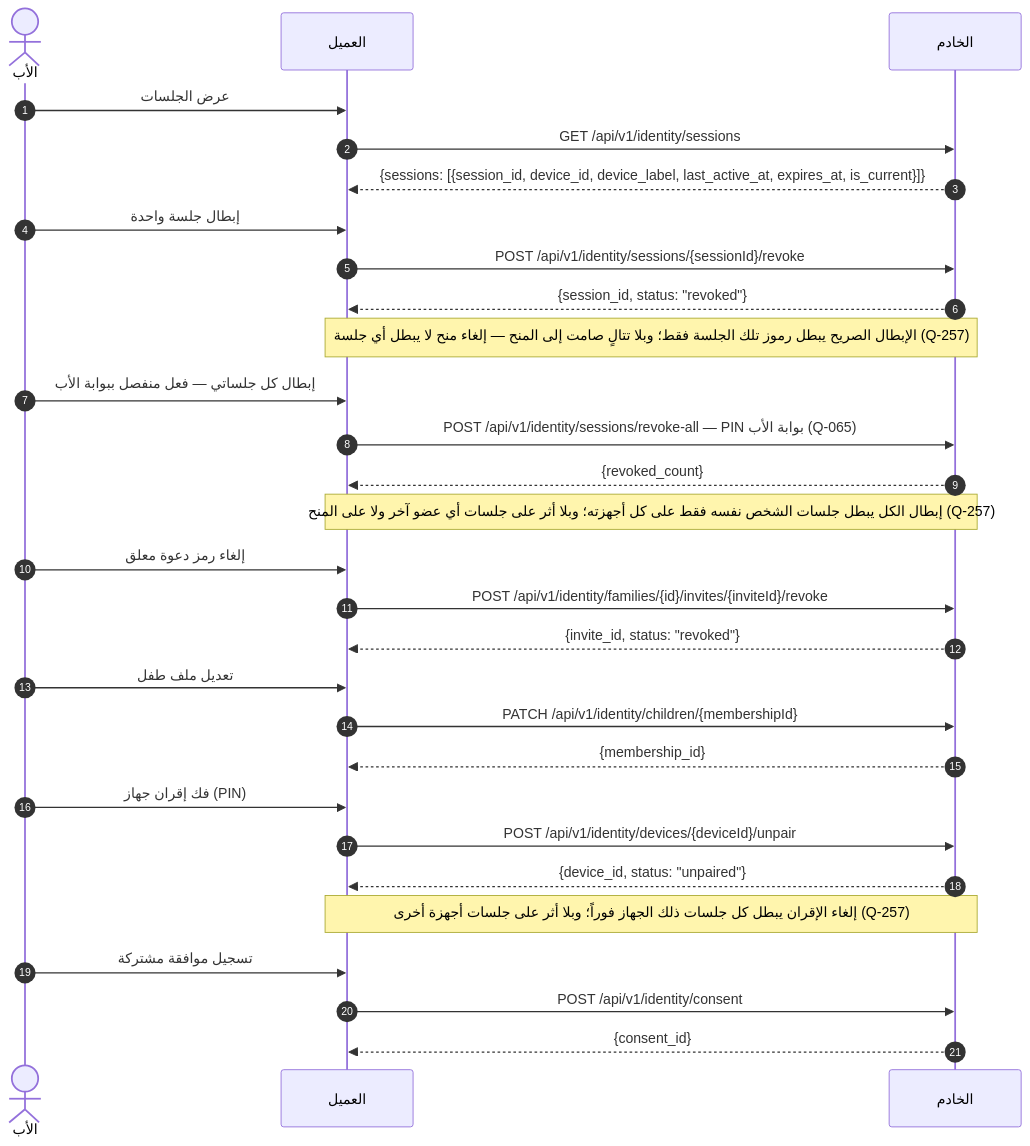
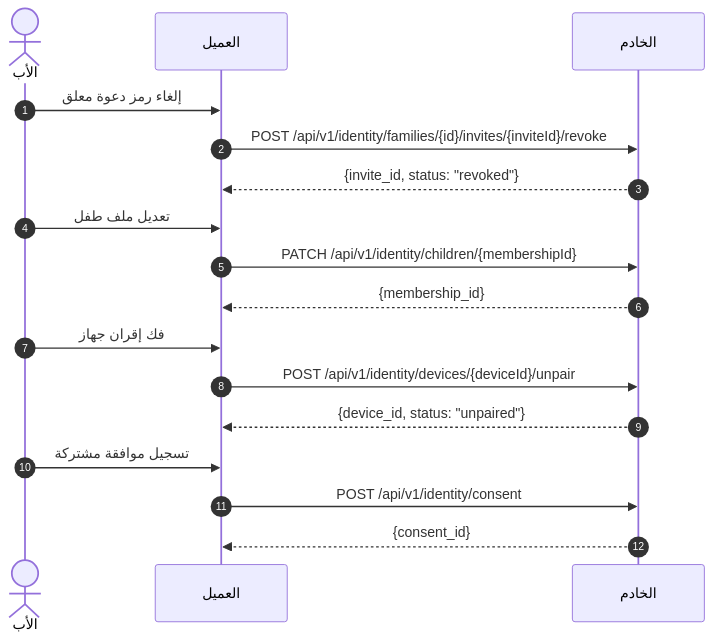
Diagram 18 of 36 in docs/family-os/governance/phases/phase-1/S1-02-identity-and-onboarding/DIAGRAMS.md (Bassam-mohammed-alqaeadi/family-os-v2), drawn with Mermaid before and after one commit. The commit also changed other lines of this file, not shown here.

````diff
--- a/docs/family-os/governance/phases/phase-1/S1-02-identity-and-onboarding/DIAGRAMS.md
+++ b/docs/family-os/governance/phases/phase-1/S1-02-identity-and-onboarding/DIAGRAMS.md
@@ -572,31 +719,19 @@
 ```mermaid
 sequenceDiagram
     autonumber
     actor Father as الأب
     participant Client as العميل
     participant Ktor as الخادم
-    Father->>Client: عرض الجلسات
-    Client->>Ktor: GET /api/v1/identity/sessions
-    Ktor-->>Client: {sessions: [{session_id, device_id, device_label, last_active_at, expires_at, is_current}]}
-    Father->>Client: إبطال جلسة واحدة
-    Client->>Ktor: POST /api/v1/identity/sessions/{sessionId}/revoke
-    Ktor-->>Client: {session_id, status: "revoked"}
-    Note over Client,Ktor: الإبطال الصريح يبطل رموز تلك الجلسة فقط؛ وبلا تتالٍ صامت إلى المنح — إلغاء منح لا يبطل أي جلسة (Q-257)
-    Father->>Client: إبطال كل جلساتي — فعل منفصل ببوابة الأب
-    Client->>Ktor: POST /api/v1/identity/sessions/revoke-all — PIN بوابة الأب (Q-065)
-    Ktor-->>Client: {revoked_count}
-    Note over Client,Ktor: إبطال الكل يبطل جلسات الشخص نفسه فقط على كل أجهزته؛ وبلا أثر على جلسات أي عضو آخر ولا على المنح (Q-257)
     Father->>Client: إلغاء رمز دعوة معلق
     Client->>Ktor: POST /api/v1/identity/families/{id}/invites/{inviteId}/revoke
     Ktor-->>Client: {invite_id, status: "revoked"}
     Father->>Client: تعديل ملف طفل
     Client->>Ktor: PATCH /api/v1/identity/children/{membershipId}
     Ktor-->>Client: {membership_id}
-    Father->>Client: فك إقران جهاز (PIN)
+    Father->>Client: فك إقران جهاز
     Client->>Ktor: POST /api/v1/identity/devices/{deviceId}/unpair
     Ktor-->>Client: {device_id, status: "unpaired"}
-    Note over Client,Ktor: إلغاء الإقران يبطل كل جلسات ذلك الجهاز فوراً؛ وبلا أثر على جلسات أجهزة أخرى (Q-257)
     Father->>Client: تسجيل موافقة مشتركة
     Client->>Ktor: POST /api/v1/identity/consent
     Ktor-->>Client: {consent_id}
 ```
````
